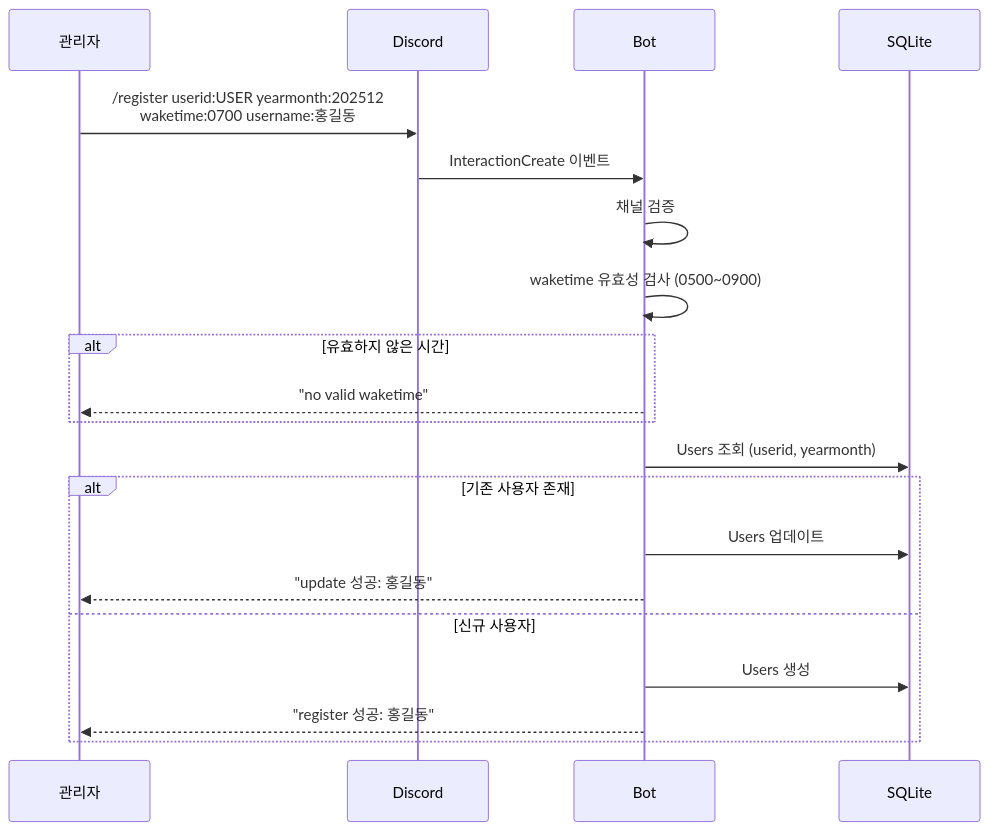
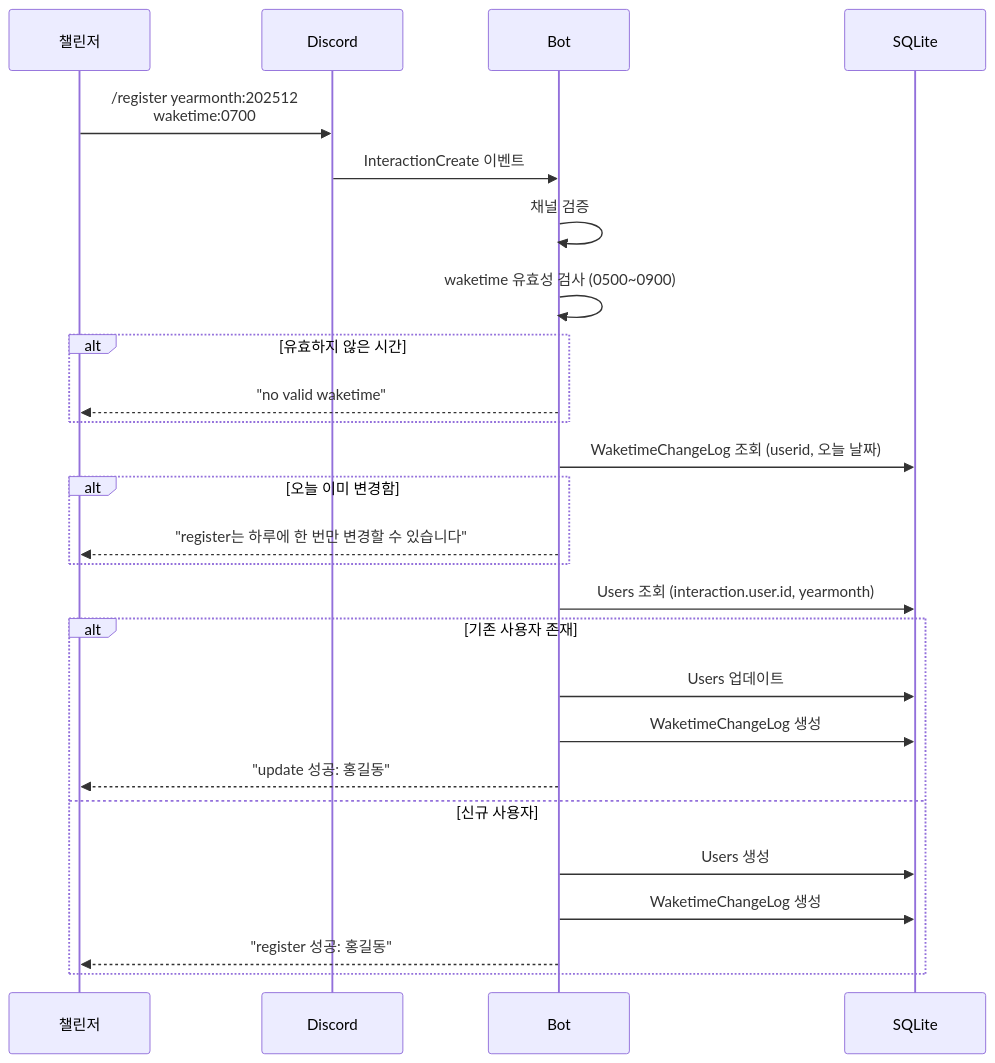
The first of 13 diagrams in docs/USER_STORIES.md (honki12345/haruharu-discord-bot), drawn with Mermaid before and after one commit. The commit also changed other lines of this file and 9 other files, not shown here.

````diff
--- a/docs/USER_STORIES.md
+++ b/docs/USER_STORIES.md
@@ -20,27 +22,34 @@
 ```mermaid
 sequenceDiagram
-    participant A as 관리자
+    participant U as 챌린저
     participant D as Discord
     participant B as Bot
     participant DB as SQLite
 
-    A->>D: /register userid:USER yearmonth:202512<br/>waketime:0700 username:홍길동
+    U->>D: /register yearmonth:202512<br/>waketime:0700
 
     D->>B: InteractionCreate 이벤트
     B->>B: 채널 검증
 
     B->>B: waketime 유효성 검사 (0500~0900)
     alt 유효하지 않은 시간
-        B-->>A: "no valid waketime"
+        B-->>U: "no valid waketime"
     end
 
-    B->>DB: Users 조회 (userid, yearmonth)
+    B->>DB: WaketimeChangeLog 조회 (userid, 오늘 날짜)
+    alt 오늘 이미 변경함
+        B-->>U: "register는 하루에 한 번만 변경할 수 있습니다"
+    end
+
+    B->>DB: Users 조회 (interaction.user.id, yearmonth)
 
     alt 기존 사용자 존재
         B->>DB: Users 업데이트
-        B-->>A: "update 성공: 홍길동"
+        B->>DB: WaketimeChangeLog 생성
+        B-->>U: "update 성공: 홍길동"
     else 신규 사용자
         B->>DB: Users 생성
-        B-->>A: "register 성공: 홍길동"
+        B->>DB: WaketimeChangeLog 생성
+        B-->>U: "register 성공: 홍길동"
     end
 ```
````
